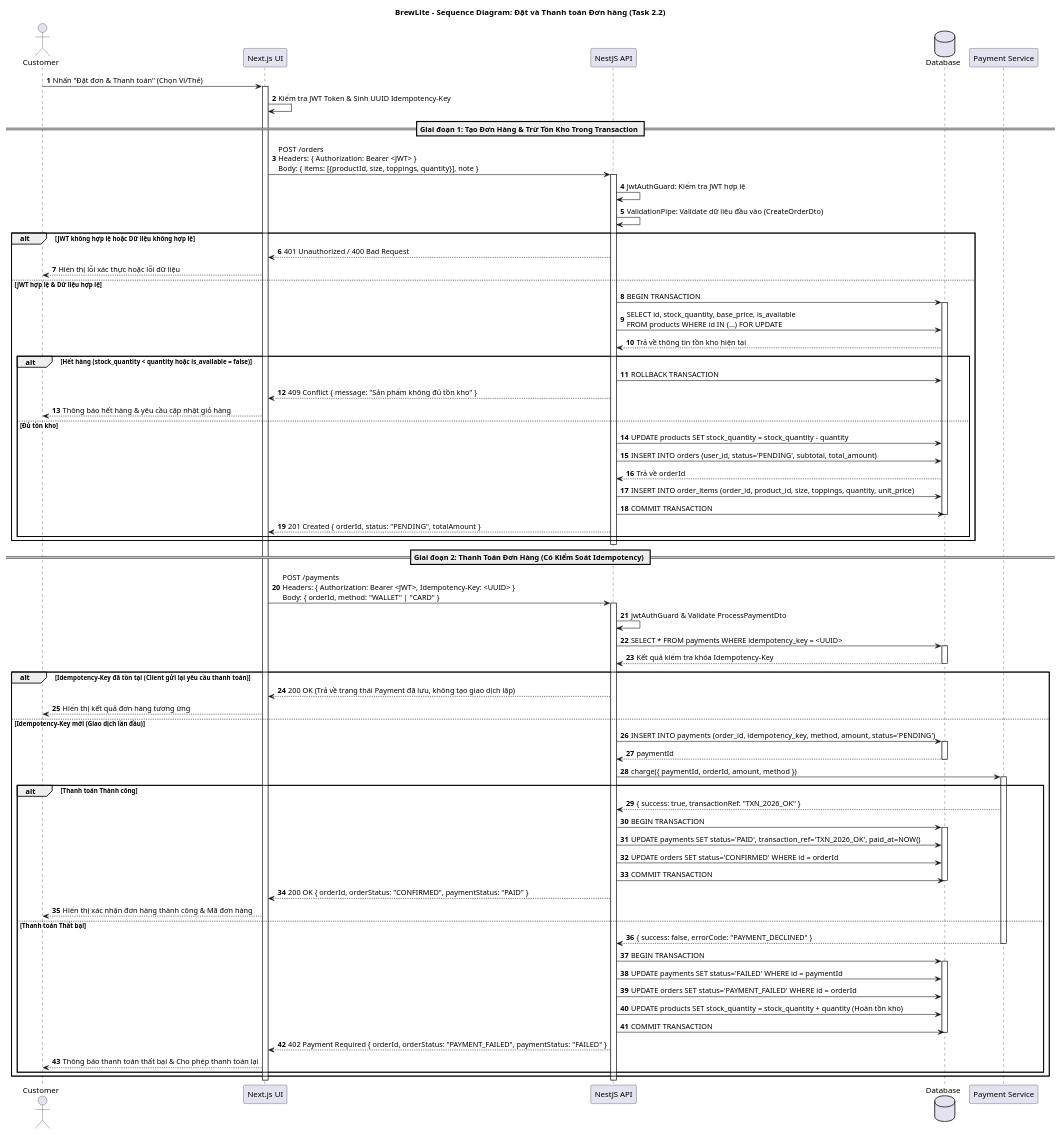
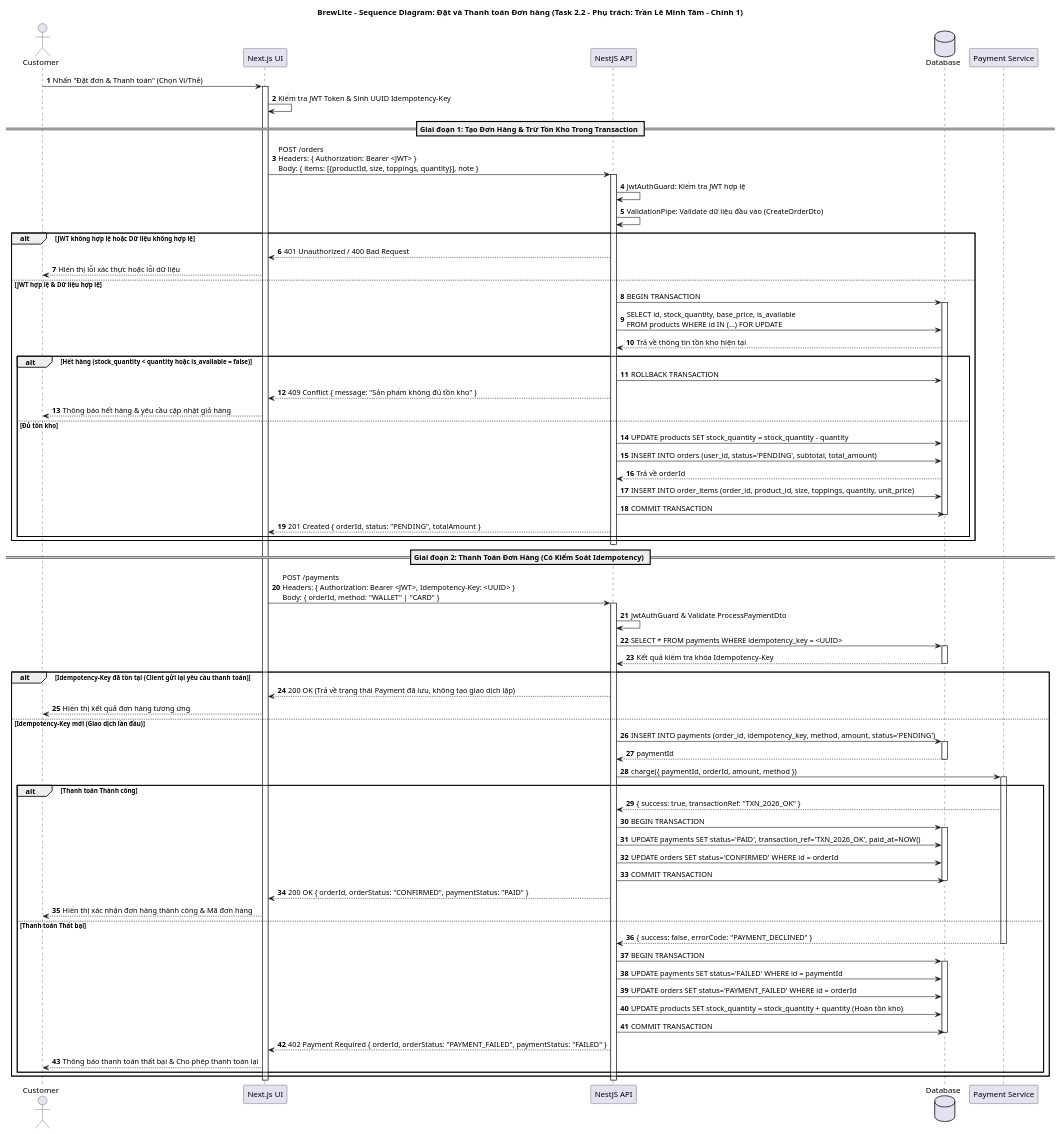
One commit to BMT0306/A2_BrewLite changed the diagram in docs/diagrams/sequence-checkout.puml. Above: the diagram before and after it, drawn with PlantUML. The commit also changed 26 other files, not shown here.

```diff
--- a/docs/diagrams/sequence-checkout.puml
+++ b/docs/diagrams/sequence-checkout.puml
@@ -1,97 +1,97 @@
 @startuml sequence-checkout
-title BrewLite - Sequence Diagram: Đặt và Thanh toán Đơn hàng (Task 2.2)
+title BrewLite - Sequence Diagram: Đặt và Thanh toán Đơn hàng (Task 2.2 - Phụ trách: Trần Lê Minh Tâm - Chính 1)
 autonumber
 
 actor "Customer" as Customer
 participant "Next.js UI" as UI
 participant "NestJS API" as API
 database "Database" as DB
 participant "Payment Service" as PaySvc
 
 Customer -> UI: Nhấn "Đặt đơn & Thanh toán" (Chọn Ví/Thẻ)
 activate UI
 
 UI -> UI: Kiểm tra JWT Token & Sinh UUID Idempotency-Key
 
 == Giai đoạn 1: Tạo Đơn Hàng & Trừ Tồn Kho Trong Transaction ==
 UI -> API: POST /orders\nHeaders: { Authorization: Bearer <JWT> }\nBody: { items: [{productId, size, toppings, quantity}], note }
 activate API
 
 API -> API: JwtAuthGuard: Kiểm tra JWT hợp lệ
 API -> API: ValidationPipe: Validate dữ liệu đầu vào (CreateOrderDto)
 
 alt JWT không hợp lệ hoặc Dữ liệu không hợp lệ
     API --> UI: 401 Unauthorized / 400 Bad Request
     UI --> Customer: Hiển thị lỗi xác thực hoặc lỗi dữ liệu
 else JWT hợp lệ & Dữ liệu hợp lệ
     API -> DB: BEGIN TRANSACTION
     activate DB
     API -> DB: SELECT id, stock_quantity, base_price, is_available\nFROM products WHERE id IN (...) FOR UPDATE
     DB --> API: Trả về thông tin tồn kho hiện tại
 
     alt Hết hàng (stock_quantity < quantity hoặc is_available = false)
         API -> DB: ROLLBACK TRANSACTION
         API --> UI: 409 Conflict { message: "Sản phẩm không đủ tồn kho" }
         UI --> Customer: Thông báo hết hàng & yêu cầu cập nhật giỏ hàng
     else Đủ tồn kho
         API -> DB: UPDATE products SET stock_quantity = stock_quantity - quantity
         API -> DB: INSERT INTO orders (user_id, status='PENDING', subtotal, total_amount)
         DB --> API: Trả về orderId
         API -> DB: INSERT INTO order_items (order_id, product_id, size, toppings, quantity, unit_price)
         API -> DB: COMMIT TRANSACTION
         deactivate DB
         API --> UI: 201 Created { orderId, status: "PENDING", totalAmount }
     end
 end
 deactivate API
 
 == Giai đoạn 2: Thanh Toán Đơn Hàng (Có Kiểm Soát Idempotency) ==
 UI -> API: POST /payments\nHeaders: { Authorization: Bearer <JWT>, Idempotency-Key: <UUID> }\nBody: { orderId, method: "WALLET" | "CARD" }
 activate API
 
 API -> API: JwtAuthGuard & Validate ProcessPaymentDto
 API -> DB: SELECT * FROM payments WHERE idempotency_key = <UUID>
 activate DB
 DB --> API: Kết quả kiểm tra khóa Idempotency-Key
 deactivate DB
 
 alt Idempotency-Key đã tồn tại (Client gửi lại yêu cầu thanh toán)
     API --> UI: 200 OK (Trả về trạng thái Payment đã lưu, không tạo giao dịch lặp)
     UI --> Customer: Hiển thị kết quả đơn hàng tương ứng
 else Idempotency-Key mới (Giao dịch lần đầu)
     API -> DB: INSERT INTO payments (order_id, idempotency_key, method, amount, status='PENDING')
     activate DB
     DB --> API: paymentId
     deactivate DB
 
     API -> PaySvc: charge({ paymentId, orderId, amount, method })
     activate PaySvc
 
     alt Thanh toán Thành công
         PaySvc --> API: { success: true, transactionRef: "TXN_2026_OK" }
         API -> DB: BEGIN TRANSACTION
         activate DB
         API -> DB: UPDATE payments SET status='PAID', transaction_ref='TXN_2026_OK', paid_at=NOW()
         API -> DB: UPDATE orders SET status='CONFIRMED' WHERE id = orderId
         API -> DB: COMMIT TRANSACTION
         deactivate DB
         API --> UI: 200 OK { orderId, orderStatus: "CONFIRMED", paymentStatus: "PAID" }
         UI --> Customer: Hiển thị xác nhận đơn hàng thành công & Mã đơn hàng
     else Thanh toán Thất bại
         PaySvc --> API: { success: false, errorCode: "PAYMENT_DECLINED" }
         deactivate PaySvc
         API -> DB: BEGIN TRANSACTION
         activate DB
         API -> DB: UPDATE payments SET status='FAILED' WHERE id = paymentId
         API -> DB: UPDATE orders SET status='PAYMENT_FAILED' WHERE id = orderId
         API -> DB: UPDATE products SET stock_quantity = stock_quantity + quantity (Hoàn tồn kho)
         API -> DB: COMMIT TRANSACTION
         deactivate DB
         API --> UI: 402 Payment Required { orderId, orderStatus: "PAYMENT_FAILED", paymentStatus: "FAILED" }
         UI --> Customer: Thông báo thanh toán thất bại & Cho phép thanh toán lại
     end
 end
 
 deactivate API
 deactivate UI
 @enduml
```
